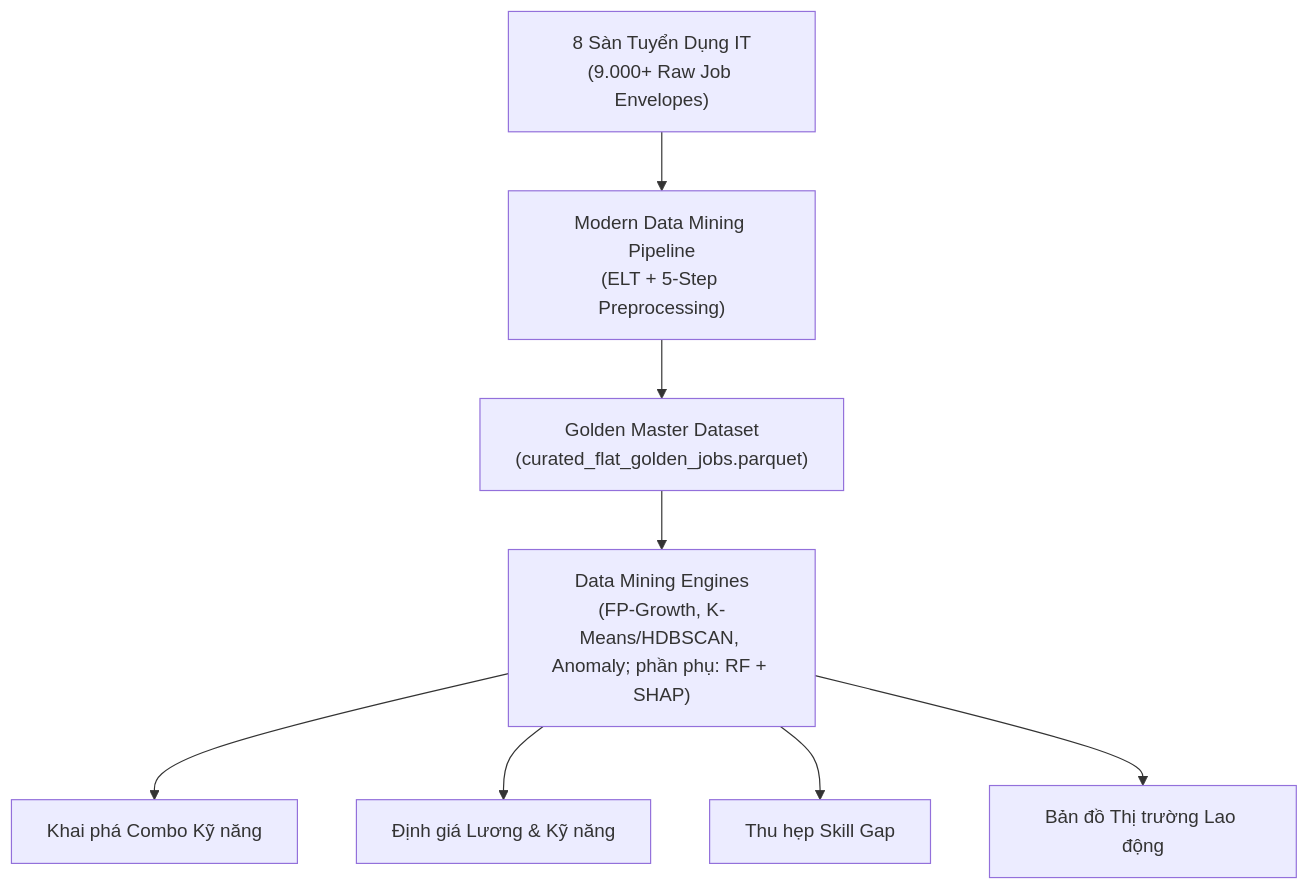
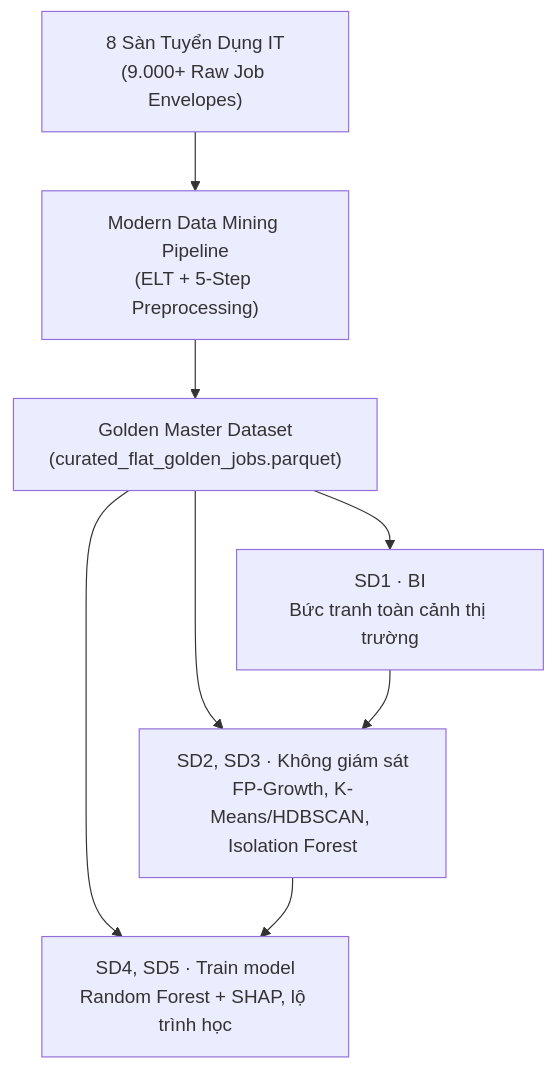
Before and after one commit to Archduker/VN-IT-Job-Mining: the first of 2 diagrams in docs/spec/01_product_spec.md, drawn with Mermaid. The commit also changed other lines of this file and 90 other files, not shown here.

````diff
--- a/docs/spec/01_product_spec.md
+++ b/docs/spec/01_product_spec.md
@@ -30,10 +30,9 @@
 ```mermaid
 flowchart TD
     RawData["8 Sàn Tuyển Dụng IT\n(9.000+ Raw Job Envelopes)"] --> Pipeline["Modern Data Mining Pipeline\n(ELT + 5-Step Preprocessing)"]
     Pipeline --> GoldenDS["Golden Master Dataset\n(curated_flat_golden_jobs.parquet)"]
-    GoldenDS --> MiningEngine["Data Mining Engines\n(FP-Growth, K-Means/HDBSCAN, Anomaly; phần phụ: RF + SHAP)"]
-    MiningEngine --> Value1["Khai phá Combo Kỹ năng"]
-    MiningEngine --> Value2["Định giá Lương & Kỹ năng"]
-    MiningEngine --> Value3["Thu hẹp Skill Gap"]
-    MiningEngine --> Value4["Bản đồ Thị trường Lao động"]
+    GoldenDS --> SD1["SD1 · BI\nBức tranh toàn cảnh thị trường"]
+    GoldenDS --> UNS["SD2, SD3 · Không giám sát\nFP-Growth, K-Means/HDBSCAN, Isolation Forest"]
+    GoldenDS --> MOD["SD4, SD5 · Train model\nRandom Forest + SHAP, lộ trình học"]
+    SD1 --> UNS --> MOD
 ```
````
